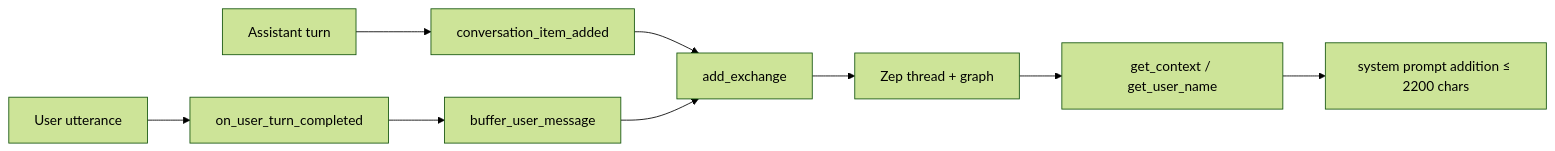
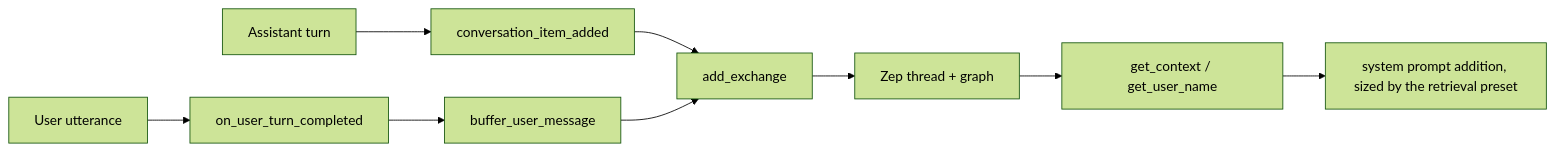
The first of 3 diagrams in docs/memory.md (kwami-labs/kwami-lk-agent), drawn with Mermaid (forest theme) before and after one commit. The commit also changed other lines of this file and 7 other files, not shown here.

````diff
--- a/docs/memory.md
+++ b/docs/memory.md
@@ -23,11 +23,11 @@
 ```mermaid
 flowchart LR
     User["User utterance"] --> Hook["on_user_turn_completed"]
     Hook --> Buf["buffer_user_message"]
     Asst["Assistant turn"] --> Ev["conversation_item_added"]
     Ev --> Ex["add_exchange"]
     Buf --> Ex
     Ex --> Zep["Zep thread + graph"]
     Zep --> Ctx["get_context / get_user_name"]
-    Ctx --> Prompt["system prompt addition ≤ 2200 chars"]
+    Ctx --> Prompt["system prompt addition, sized by the retrieval preset"]
 ```
````
